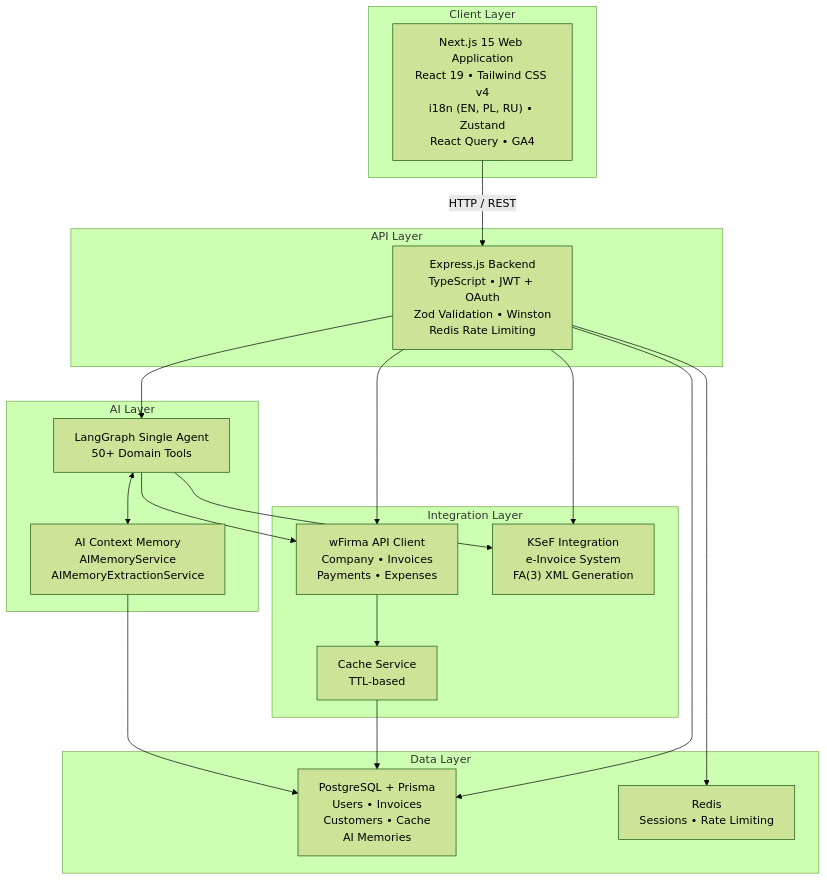
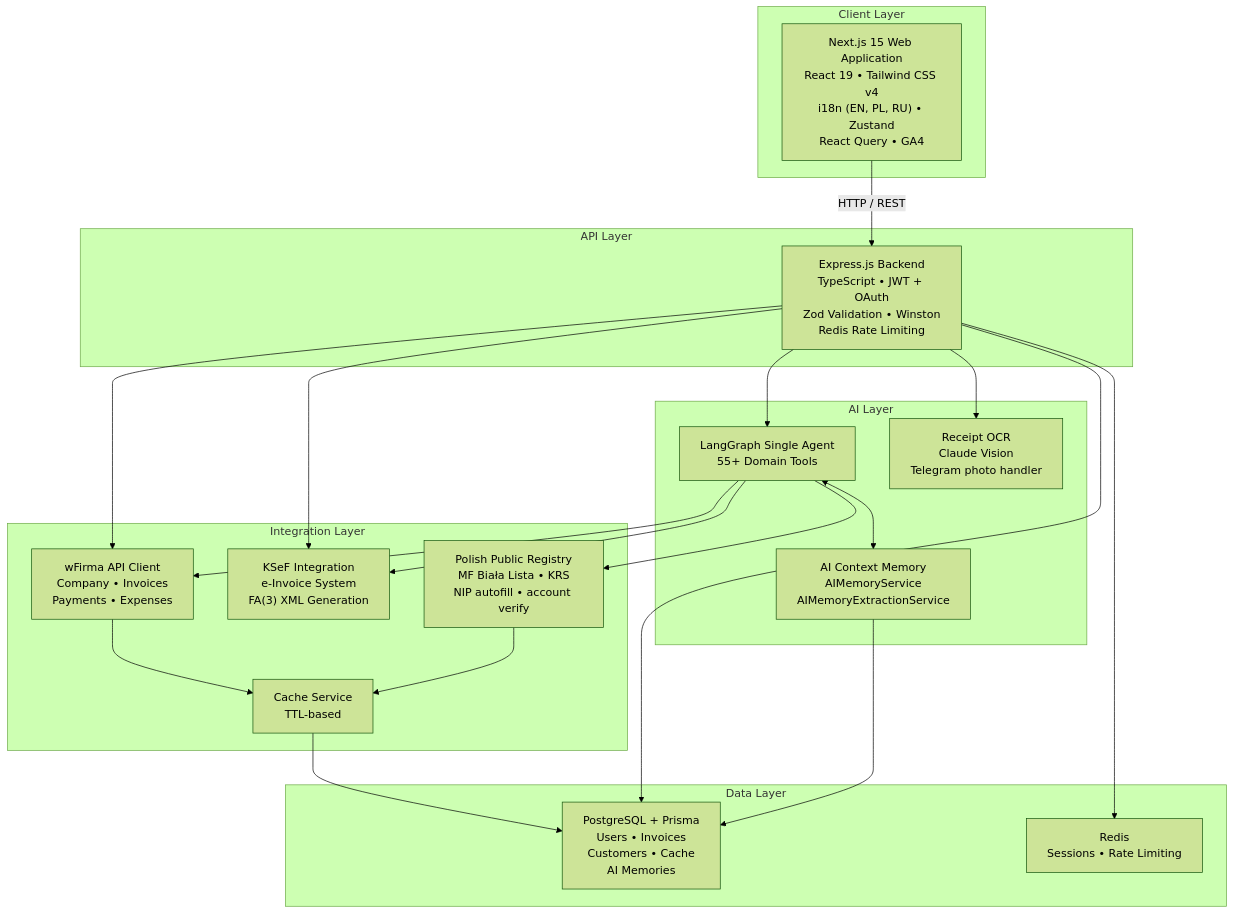
Before and after one commit to JealousyM/accounting-ai-agent: the first of 3 diagrams in docs/ARCHITECTURE.md, drawn with Mermaid (forest theme). The commit also changed 5 other files, not shown here.

First line of the commit message:
docs: cover OCR Telegram, Biała Lista, NIP autofill across docs

````diff
--- a/docs/ARCHITECTURE.md
+++ b/docs/ARCHITECTURE.md
@@ -7,39 +7,44 @@
 ```mermaid
 graph TD
     subgraph CLIENT["Client Layer"]
         WEB["Next.js 15 Web Application<br/>React 19 &bull; Tailwind CSS v4<br/>i18n (EN, PL, RU) &bull; Zustand<br/>React Query &bull; GA4"]
     end
 
     subgraph API["API Layer"]
         EXPRESS["Express.js Backend<br/>TypeScript &bull; JWT + OAuth<br/>Zod Validation &bull; Winston<br/>Redis Rate Limiting"]
     end
 
     subgraph AI["AI Layer"]
-        LANGGRAPH["LangGraph Single Agent<br/>50+ Domain Tools"]
+        LANGGRAPH["LangGraph Single Agent<br/>55+ Domain Tools"]
         MEMORY["AI Context Memory<br/>AIMemoryService<br/>AIMemoryExtractionService"]
+        OCR["Receipt OCR<br/>Claude Vision<br/>Telegram photo handler"]
         LANGGRAPH <--> MEMORY
     end
 
     subgraph INTEGRATION["Integration Layer"]
         WFIRMA["wFirma API Client<br/>Company &bull; Invoices<br/>Payments &bull; Expenses"]
         KSEF["KSeF Integration<br/>e-Invoice System<br/>FA(3) XML Generation"]
+        REGISTRY["Polish Public Registry<br/>MF Biała Lista &bull; KRS<br/>NIP autofill &bull; account verify"]
         CACHE["Cache Service<br/>TTL-based"]
     end
 
     subgraph DATA["Data Layer"]
         PG["PostgreSQL + Prisma<br/>Users &bull; Invoices<br/>Customers &bull; Cache<br/>AI Memories"]
         REDIS["Redis<br/>Sessions &bull; Rate Limiting"]
     end
 
     WEB -- "HTTP / REST" --> EXPRESS
     EXPRESS --> LANGGRAPH
     EXPRESS --> WFIRMA
     EXPRESS --> KSEF
+    EXPRESS --> OCR
     LANGGRAPH --> WFIRMA
     LANGGRAPH --> KSEF
+    LANGGRAPH --> REGISTRY
     WFIRMA --> CACHE
+    REGISTRY --> CACHE
     CACHE --> PG
     EXPRESS --> PG
     EXPRESS --> REDIS
     MEMORY --> PG
 ```
````
